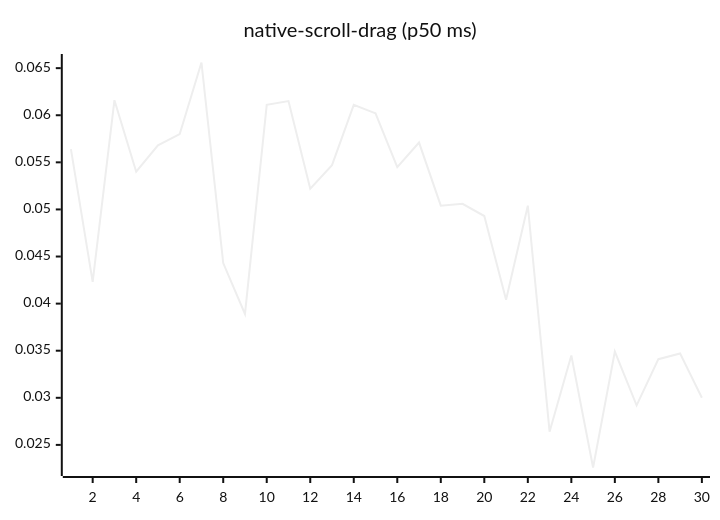
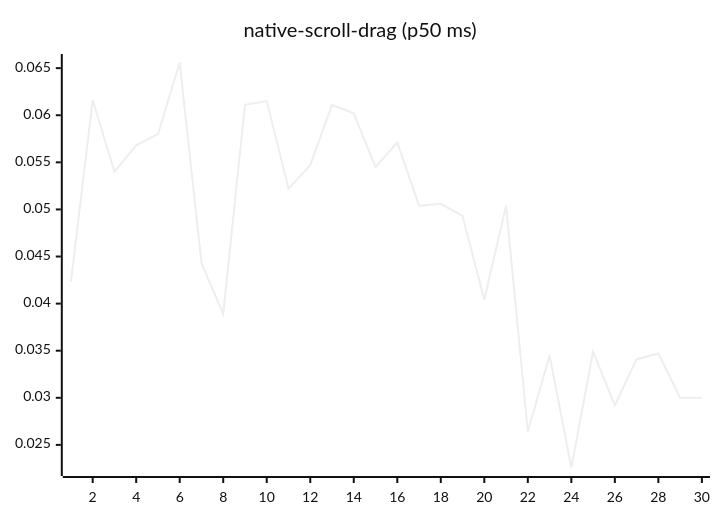
Diagram 14 of 27 in README.md (josha/Facet), drawn with Mermaid (neutral theme) before and after one commit. The commit also changed other lines of this file and 2 other files, not shown here.

````diff
--- a/README.md
+++ b/README.md
@@ -154,6 +154,6 @@
 ```mermaid
 xychart-beta
     title "native-scroll-drag (p50 ms)"
     x-axis 1 --> 30
-    line [0.0564, 0.0423, 0.0616, 0.0540, 0.0568, 0.0580, 0.0656, 0.0443, 0.0389, 0.0611, 0.0615, 0.0522, 0.0547, 0.0611, 0.0602, 0.0545, 0.0571, 0.0504, 0.0506, 0.0493, 0.0404, 0.0504, 0.0264, 0.0345, 0.0226, 0.0349, 0.0292, 0.0341, 0.0347, 0.0300]
+    line [0.0423, 0.0616, 0.0540, 0.0568, 0.0580, 0.0656, 0.0443, 0.0389, 0.0611, 0.0615, 0.0522, 0.0547, 0.0611, 0.0602, 0.0545, 0.0571, 0.0504, 0.0506, 0.0493, 0.0404, 0.0504, 0.0264, 0.0345, 0.0226, 0.0349, 0.0292, 0.0341, 0.0347, 0.0300, 0.0300]
 ```
````
